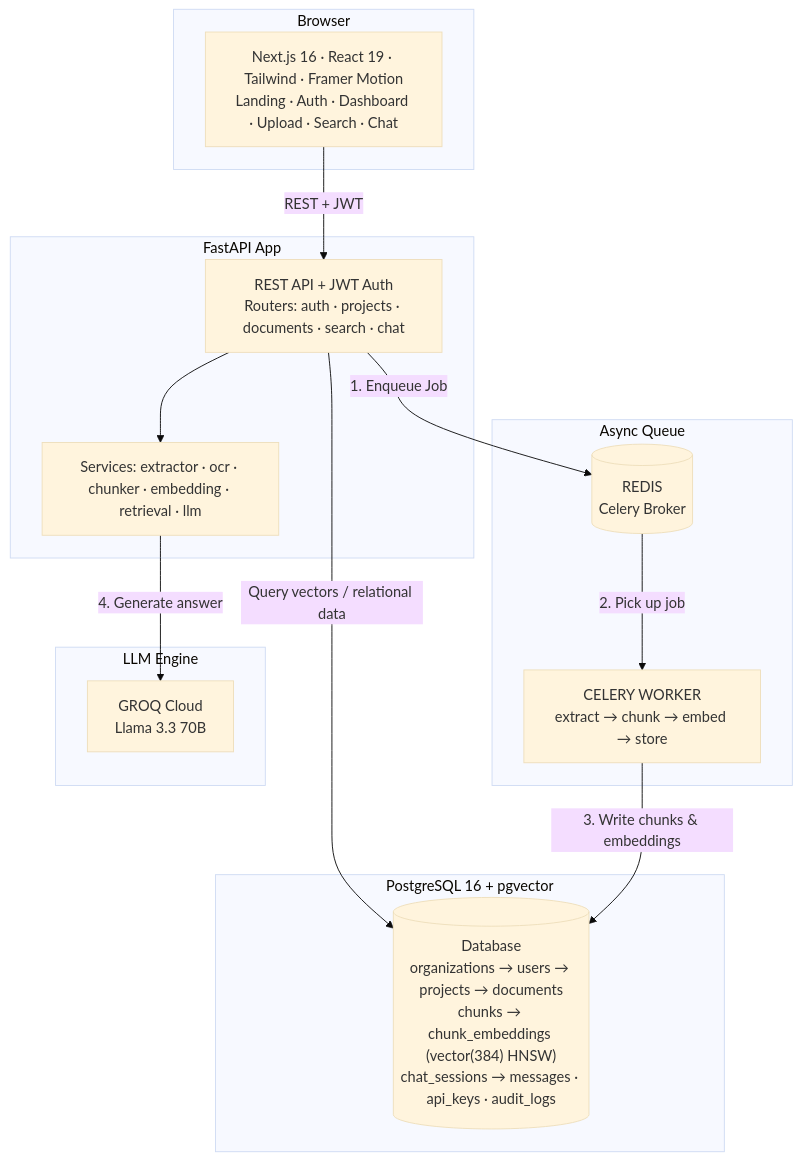
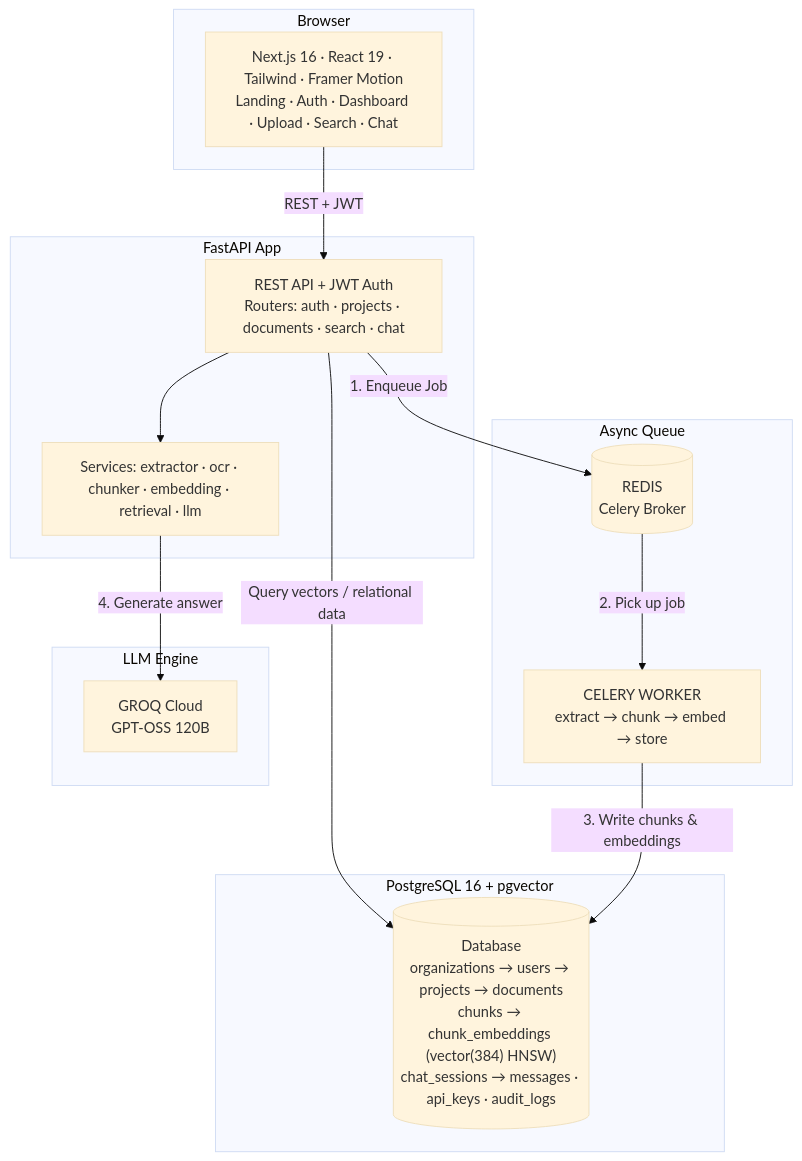
One commit to dhanoliya-ji/DOCMINDS changed the third of 3 diagrams in README.md. Above: the diagram before and after it, drawn with Mermaid (base theme). The commit also changed other lines of this file and 10 other files, not shown here.

First line of the commit message:
Replace the retired Groq model: llama-3.3-70b -> gpt-oss-120b

````diff
--- a/README.md
+++ b/README.md
@@ -178,32 +178,32 @@
 ```mermaid
 flowchart TD
     subgraph Frontend["Browser"]
         UI["Next.js 16 · React 19 · Tailwind · Framer Motion<br/>Landing · Auth · Dashboard · Upload · Search · Chat"]
     end
 
     subgraph BackendAPI["FastAPI App"]
         API["REST API + JWT Auth<br/>Routers: auth · projects · documents · search · chat"]
         SERVICES["Services: extractor · ocr · chunker · embedding · retrieval · llm"]
     end
 
     subgraph QueueSystem["Async Queue"]
         REDIS[("REDIS<br/>Celery Broker")]
         WORKER["CELERY WORKER<br/>extract → chunk → embed → store"]
     end
 
     subgraph DatabaseLayer["PostgreSQL 16 + pgvector"]
         DB[("Database<br/>organizations → users → projects → documents<br/>chunks → chunk_embeddings (vector(384) HNSW)<br/>chat_sessions → messages · api_keys · audit_logs")]
     end
 
     subgraph LLMProvider["LLM Engine"]
-        GROQ["GROQ Cloud<br/>Llama 3.3 70B"]
+        GROQ["GROQ Cloud<br/>GPT-OSS 120B"]
     end
 
     UI -->|"REST + JWT"| API
     API --> SERVICES
     API -->|"1. Enqueue Job"| REDIS
     REDIS -->|"2. Pick up job"| WORKER
     API -->|"Query vectors / relational data"| DB
     WORKER -->|"3. Write chunks & embeddings"| DB
     SERVICES -->|"4. Generate answer"| GROQ
 ```
````
